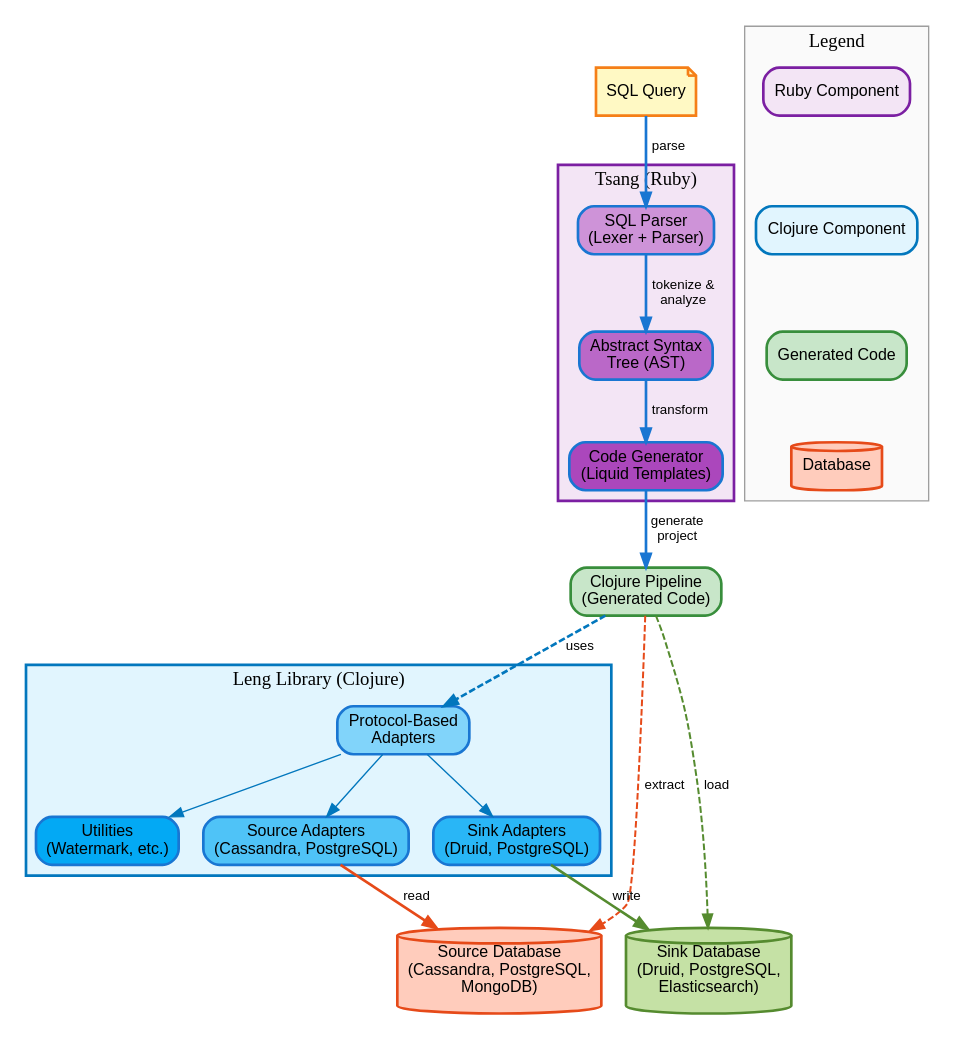
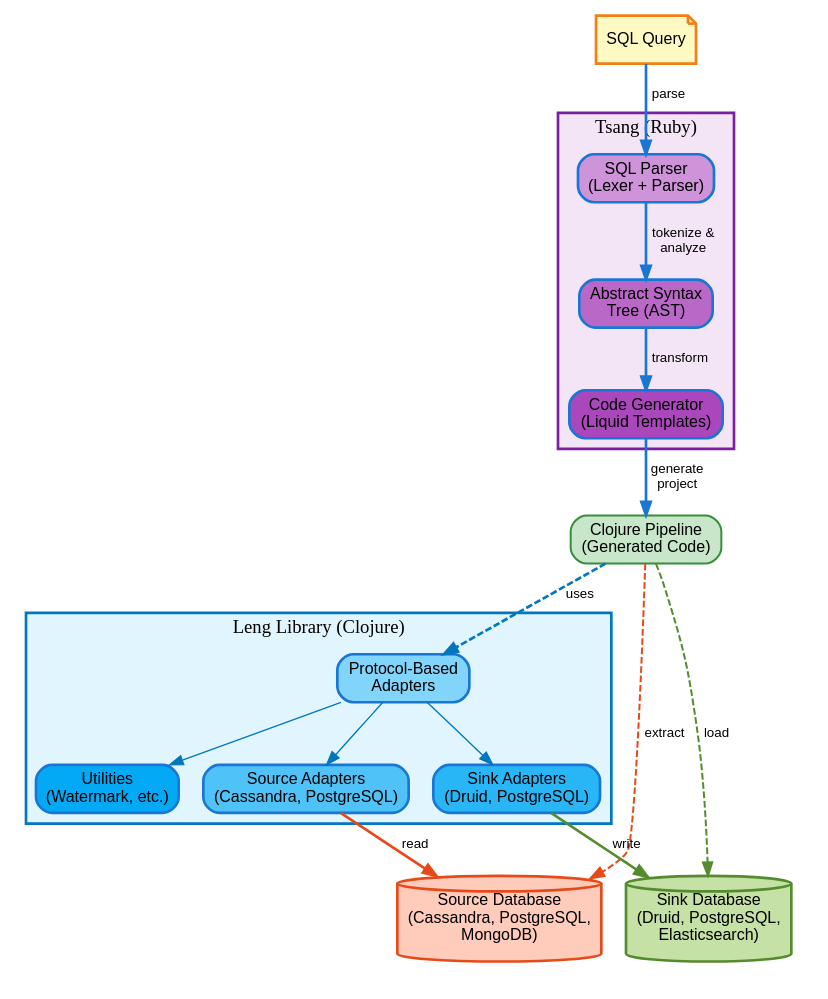
One commit to Griaustinis-Media/tnl changed the diagram in docs/architecture.dot. Above: the diagram before and after it, drawn with Graphviz. The commit also changed 3 other files, not shown here.

Commit message:
Small diagram updates

```diff
--- a/docs/architecture.dot
+++ b/docs/architecture.dot
@@ -1,86 +1,69 @@
 digraph TNL_Architecture {
     rankdir=TB;
     node [shape=box, style="rounded,filled", fontname="Arial", fontsize=12];
     edge [fontname="Arial", fontsize=10];
     
     // Define node styles
     node [fillcolor="#E3F2FD", color="#1976D2", penwidth=2];
     
     // Input
     SQL [label="SQL Query", shape=note, fillcolor="#FFF9C4", color="#F57F17"];
     
     // Tsang components
     subgraph cluster_tsang {
         label="Tsang (Ruby)";
         style=filled;
         fillcolor="#F3E5F5";
         color="#7B1FA2";
         penwidth=2;
         
         Parser [label="SQL Parser\n(Lexer + Parser)", fillcolor="#CE93D8"];
         AST [label="Abstract Syntax\nTree (AST)", fillcolor="#BA68C8"];
         CodeGen [label="Code Generator\n(Liquid Templates)", fillcolor="#AB47BC"];
     }
     
     // Generated output
-    Pipeline [label="Clojure Pipeline\n(Generated Code)", fillcolor="#C8E6C9", color="#388E3C", penwidth=2];
+    Pipeline [label="Clojure Pipeline\n(Generated Code)", fillcolor="#C8E6C9", color="#388E3C", penwidth=1.5];
     
     // Leng library
     subgraph cluster_leng {
         label="Leng Library (Clojure)";
         style=filled;
         fillcolor="#E1F5FE";
         color="#0277BD";
         penwidth=2;
         
         Adapters [label="Protocol-Based\nAdapters", fillcolor="#81D4FA"];
         Sources [label="Source Adapters\n(Cassandra, PostgreSQL)", fillcolor="#4FC3F7"];
         Sinks [label="Sink Adapters\n(Druid, PostgreSQL)", fillcolor="#29B6F6"];
         Utils [label="Utilities\n(Watermark, etc.)", fillcolor="#03A9F4"];
     }
     
     // Databases
     subgraph cluster_databases {
         label="";
         style=invis;
         
         SourceDB [label="Source Database\n(Cassandra, PostgreSQL,\nMongoDB)", 
                   shape=cylinder, fillcolor="#FFCCBC", color="#E64A19"];
         SinkDB [label="Sink Database\n(Druid, PostgreSQL,\nElasticsearch)", 
                 shape=cylinder, fillcolor="#C5E1A5", color="#558B2F"];
     }
     
     // Flow arrows
     SQL -> Parser [label="  parse", color="#1976D2", penwidth=2];
     Parser -> AST [label="  tokenize &\n  analyze", color="#1976D2", penwidth=2];
     AST -> CodeGen [label="  transform", color="#1976D2", penwidth=2];
     CodeGen -> Pipeline [label="  generate\n  project", color="#1976D2", penwidth=2];
     
     Pipeline -> Adapters [label="  uses", color="#0277BD", penwidth=2, style=dashed];
     Adapters -> Sources [color="#0277BD"];
     Adapters -> Sinks [color="#0277BD"];
     Adapters -> Utils [color="#0277BD"];
     
     Sources -> SourceDB [label="  read", color="#E64A19", penwidth=2];
     Sinks -> SinkDB [label="  write", color="#558B2F", penwidth=2];
     
     Pipeline -> SourceDB [label="  extract", color="#E64A19", penwidth=1.5, style=dashed];
     Pipeline -> SinkDB [label="  load", color="#558B2F", penwidth=1.5, style=dashed];
-    
-    // Legend
-    subgraph cluster_legend {
-        label="Legend";
-        style=filled;
-        fillcolor="#FAFAFA";
-        color="#9E9E9E";
-        
-        L1 [label="Ruby Component", fillcolor="#F3E5F5", color="#7B1FA2"];
-        L2 [label="Clojure Component", fillcolor="#E1F5FE", color="#0277BD"];
-        L3 [label="Generated Code", fillcolor="#C8E6C9", color="#388E3C"];
-        L4 [label="Database", shape=cylinder, fillcolor="#FFCCBC", color="#E64A19"];
-        
-        L1 -> L2 [style=invis];
-        L2 -> L3 [style=invis];
-        L3 -> L4 [style=invis];
-    }
 }
```
